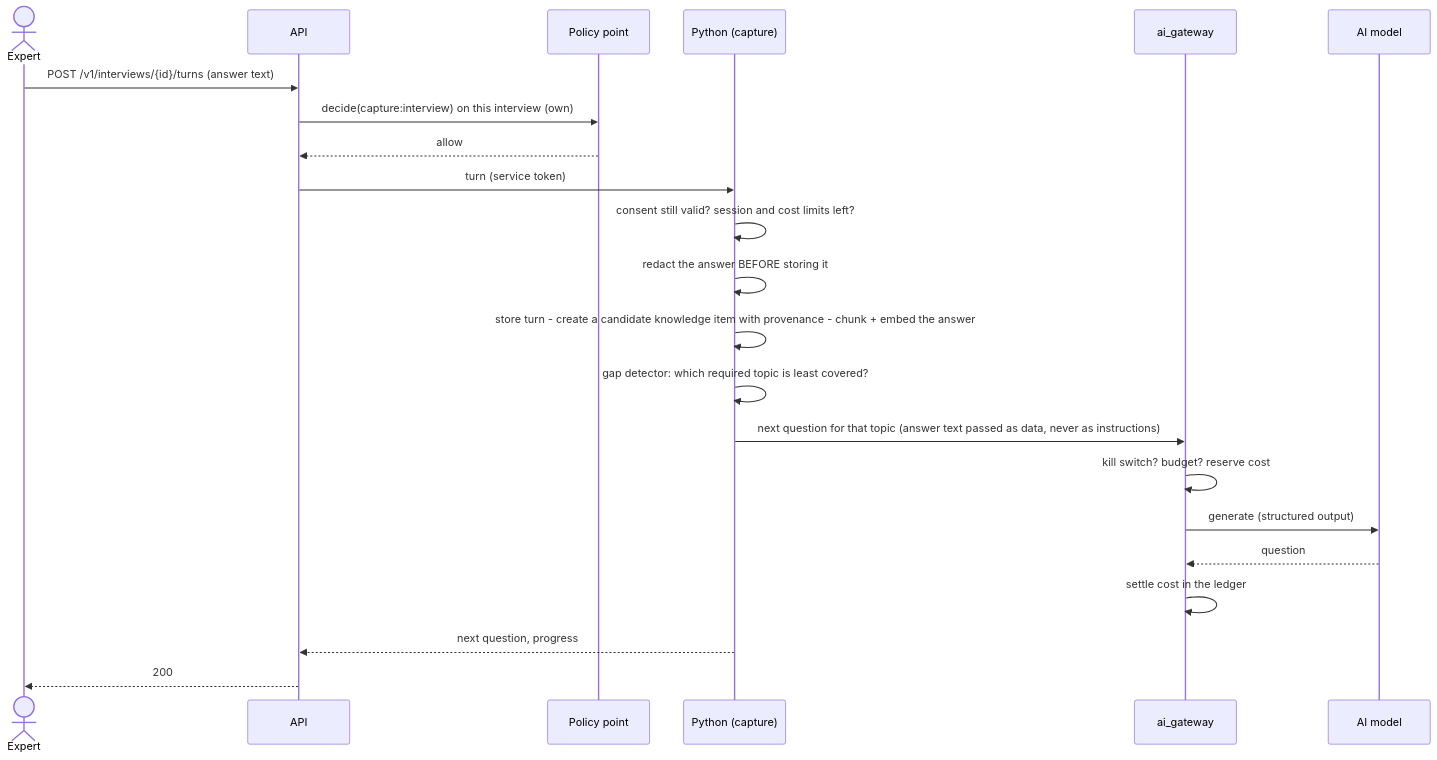
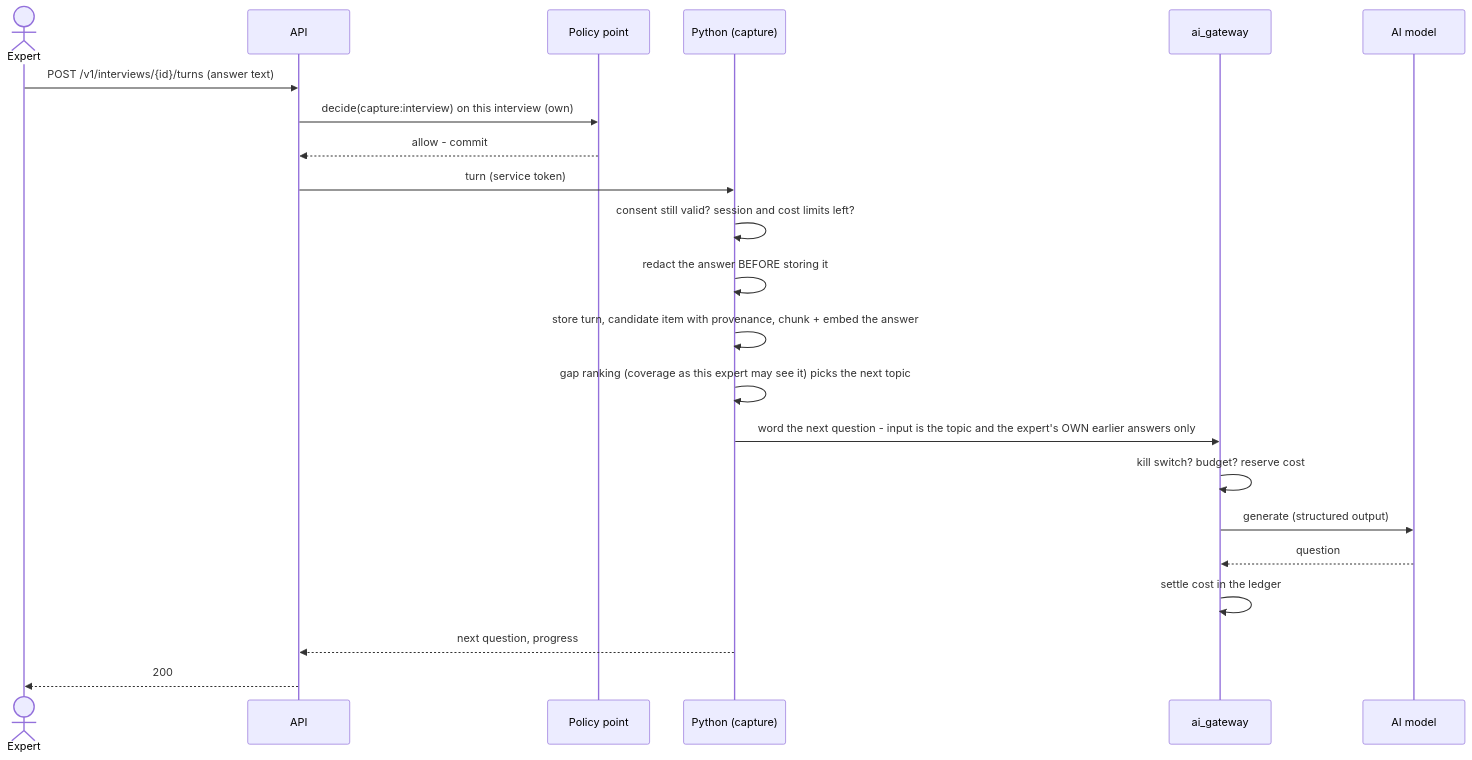
One commit to Rmasood1122/LegacyAI changed the third of 6 diagrams in docs/phase2/01-architecture.md. Above: the diagram before and after it, drawn with Mermaid. The commit also changed other lines of this file and 11 other files, not shown here.

````diff
--- a/docs/phase2/01-architecture.md
+++ b/docs/phase2/01-architecture.md
@@ -178,24 +221,24 @@
 ```mermaid
 sequenceDiagram
     actor E as Expert
     participant API as API
     participant PDP as Policy point
     participant PY as Python (capture)
     participant GW as ai_gateway
     participant M as AI model
     E->>API: POST /v1/interviews/{id}/turns (answer text)
     API->>PDP: decide(capture:interview) on this interview (own)
-    PDP-->>API: allow
+    PDP-->>API: allow - commit
     API->>PY: turn (service token)
     PY->>PY: consent still valid? session and cost limits left?
     PY->>PY: redact the answer BEFORE storing it
-    PY->>PY: store turn - create a candidate knowledge item with provenance - chunk + embed the answer
-    PY->>PY: gap detector: which required topic is least covered?
-    PY->>GW: next question for that topic (answer text passed as data, never as instructions)
+    PY->>PY: store turn, candidate item with provenance, chunk + embed the answer
+    PY->>PY: gap ranking (coverage as this expert may see it) picks the next topic
+    PY->>GW: word the next question - input is the topic and the expert's OWN earlier answers only
     GW->>GW: kill switch? budget? reserve cost
     GW->>M: generate (structured output)
     M-->>GW: question
     GW->>GW: settle cost in the ledger
     PY-->>API: next question, progress
     API-->>E: 200
 ```
````
